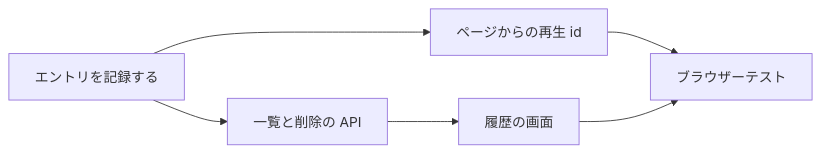
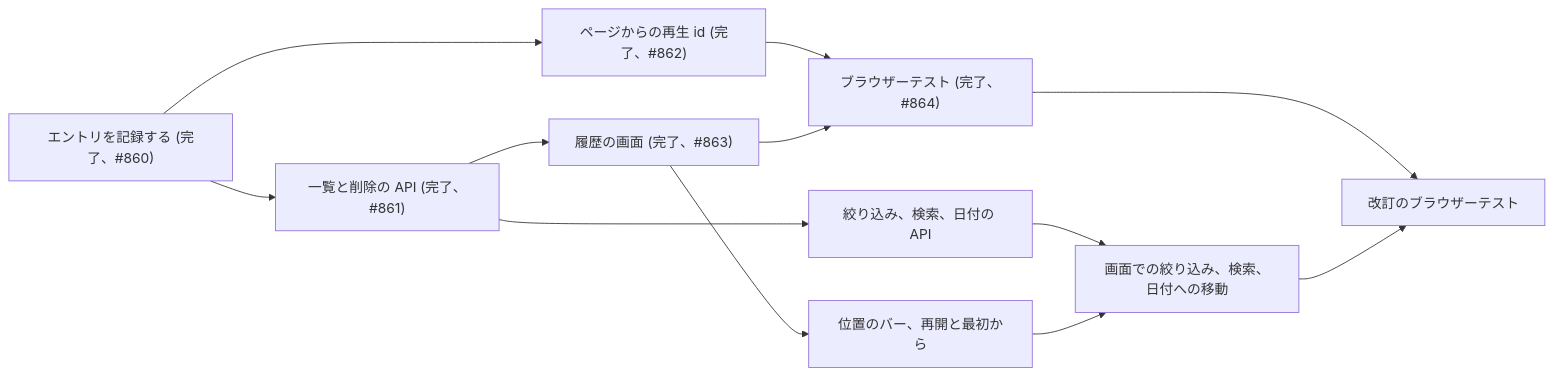
The third of 3 diagrams in translations/ja/specs/043-watch-history/plan.md (syudead/vv), drawn with Mermaid before and after one commit. The commit also changed other lines of this file and 4 other files, not shown here.

````diff
--- a/translations/ja/specs/043-watch-history/plan.md
+++ b/translations/ja/specs/043-watch-history/plan.md
@@ -115,8 +136,14 @@
 ```mermaid
 flowchart LR
-  record[エントリを記録する] --> api[一覧と削除の API]
-  record --> client[ページからの再生 id]
-  api --> screen[履歴の画面]
-  client --> e2e[ブラウザーテスト]
+  record["エントリを記録する (完了、#860)"] --> api["一覧と削除の API (完了、#861)"]
+  record --> client["ページからの再生 id (完了、#862)"]
+  api --> screen["履歴の画面 (完了、#863)"]
+  client --> e2e["ブラウザーテスト (完了、#864)"]
   screen --> e2e
+  api --> conditions[絞り込み、検索、日付の API]
+  screen --> position[位置のバー、再開と最初から]
+  conditions --> controls[画面での絞り込み、検索、日付への移動]
+  position --> controls
+  e2e --> e2e2[改訂のブラウザーテスト]
+  controls --> e2e2
 ```
````
